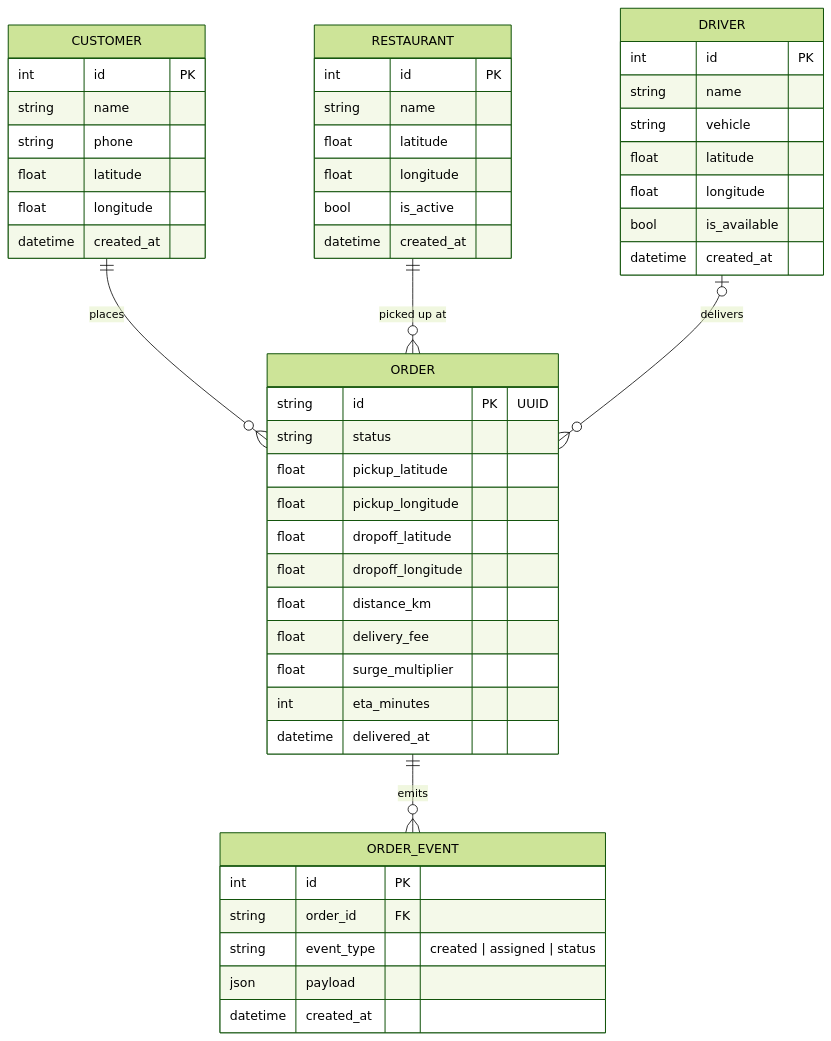
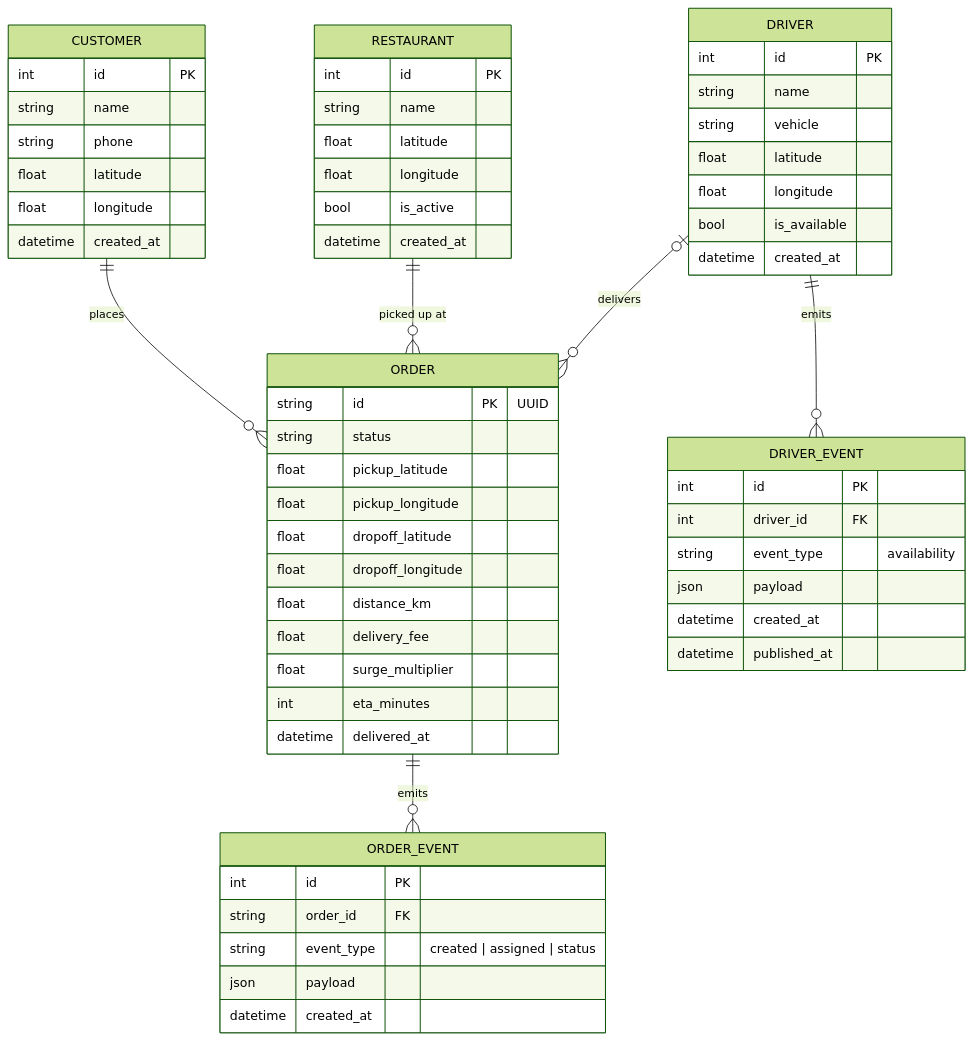
The first of 2 diagrams in docs/data_model.md (SiwarAttia6191/smart-delivery-ops), drawn with Mermaid (forest theme) before and after one commit. The commit also changed other lines of this file and 28 other files, not shown here.

Commit message:
feat(events): add driver supply event pipeline

````diff
--- a/docs/data_model.md
+++ b/docs/data_model.md
@@ -5,53 +5,62 @@
 ```mermaid
 erDiagram
     CUSTOMER ||--o{ ORDER : places
     RESTAURANT ||--o{ ORDER : "picked up at"
     DRIVER |o--o{ ORDER : delivers
+    DRIVER ||--o{ DRIVER_EVENT : emits
     ORDER ||--o{ ORDER_EVENT : emits
 
     CUSTOMER {
         int id PK
         string name
         string phone
         float latitude
         float longitude
         datetime created_at
     }
     RESTAURANT {
         int id PK
         string name
         float latitude
         float longitude
         bool is_active
         datetime created_at
     }
     DRIVER {
         int id PK
         string name
         string vehicle
         float latitude
         float longitude
         bool is_available
         datetime created_at
     }
     ORDER {
         string id PK "UUID"
         string status
         float pickup_latitude
         float pickup_longitude
         float dropoff_latitude
         float dropoff_longitude
         float distance_km
         float delivery_fee
         float surge_multiplier
         int eta_minutes
         datetime delivered_at
     }
     ORDER_EVENT {
         int id PK
         string order_id FK
         string event_type "created | assigned | status"
         json payload
         datetime created_at
     }
+    DRIVER_EVENT {
+        int id PK
+        int driver_id FK
+        string event_type "availability"
+        json payload
+        datetime created_at
+        datetime published_at
+    }
 ```
````
